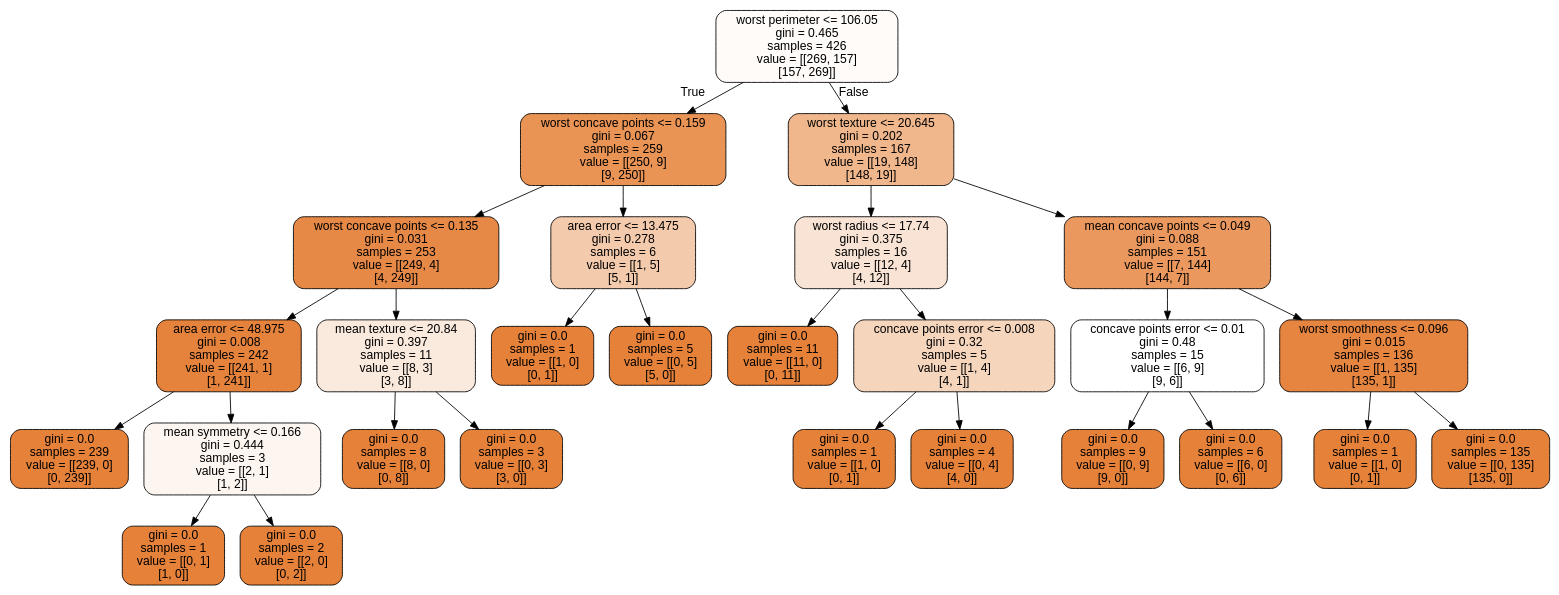
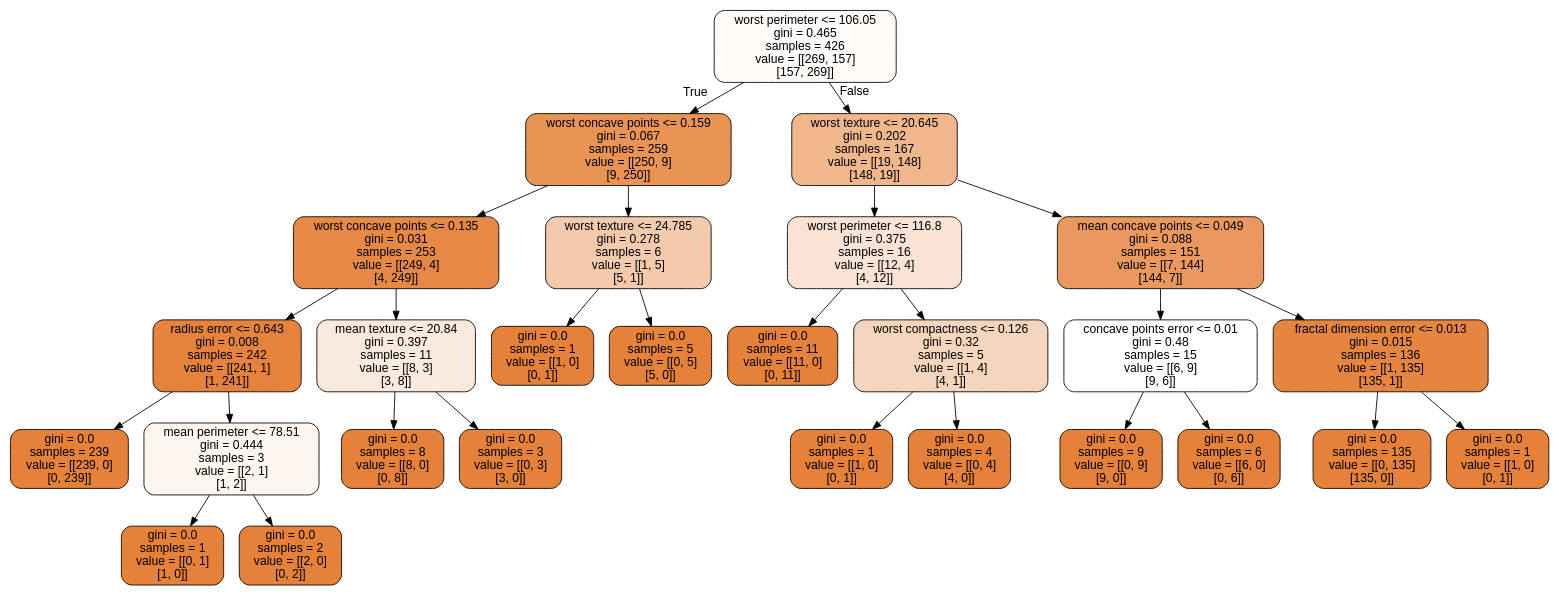
Before and after one commit to CompPhysics/MachineLearning: the diagram in doc/pub/week45/ipynb/DataFiles/cancer.dot, drawn with Graphviz. The commit also changed 3 other files, not shown here.

```diff
--- a/doc/pub/week45/ipynb/DataFiles/cancer.dot
+++ b/doc/pub/week45/ipynb/DataFiles/cancer.dot
@@ -1,57 +1,57 @@
 digraph Tree {
 node [shape=box, style="filled, rounded", color="black", fontname=helvetica] ;
 edge [fontname=helvetica] ;
 0 [label="worst perimeter <= 106.05\ngini = 0.465\nsamples = 426\nvalue = [[269, 157]\n[157, 269]]", fillcolor="#fefbf9"] ;
 1 [label="worst concave points <= 0.159\ngini = 0.067\nsamples = 259\nvalue = [[250, 9]\n[9, 250]]", fillcolor="#e99355"] ;
 0 -> 1 [labeldistance=2.5, labelangle=45, headlabel="True"] ;
 2 [label="worst concave points <= 0.135\ngini = 0.031\nsamples = 253\nvalue = [[249, 4]\n[4, 249]]", fillcolor="#e78946"] ;
 1 -> 2 ;
-3 [label="area error <= 48.975\ngini = 0.008\nsamples = 242\nvalue = [[241, 1]\n[1, 241]]", fillcolor="#e5833c"] ;
+3 [label="radius error <= 0.643\ngini = 0.008\nsamples = 242\nvalue = [[241, 1]\n[1, 241]]", fillcolor="#e5833c"] ;
 2 -> 3 ;
 4 [label="gini = 0.0\nsamples = 239\nvalue = [[239, 0]\n[0, 239]]", fillcolor="#e58139"] ;
 3 -> 4 ;
-5 [label="mean symmetry <= 0.166\ngini = 0.444\nsamples = 3\nvalue = [[2, 1]\n[1, 2]]", fillcolor="#fdf6f0"] ;
+5 [label="mean perimeter <= 78.51\ngini = 0.444\nsamples = 3\nvalue = [[2, 1]\n[1, 2]]", fillcolor="#fdf6f0"] ;
 3 -> 5 ;
 6 [label="gini = 0.0\nsamples = 1\nvalue = [[0, 1]\n[1, 0]]", fillcolor="#e58139"] ;
 5 -> 6 ;
 7 [label="gini = 0.0\nsamples = 2\nvalue = [[2, 0]\n[0, 2]]", fillcolor="#e58139"] ;
 5 -> 7 ;
 8 [label="mean texture <= 20.84\ngini = 0.397\nsamples = 11\nvalue = [[8, 3]\n[3, 8]]", fillcolor="#fae9dd"] ;
 2 -> 8 ;
 9 [label="gini = 0.0\nsamples = 8\nvalue = [[8, 0]\n[0, 8]]", fillcolor="#e58139"] ;
 8 -> 9 ;
 10 [label="gini = 0.0\nsamples = 3\nvalue = [[0, 3]\n[3, 0]]", fillcolor="#e58139"] ;
 8 -> 10 ;
-11 [label="area error <= 13.475\ngini = 0.278\nsamples = 6\nvalue = [[1, 5]\n[5, 1]]", fillcolor="#f4caac"] ;
+11 [label="worst texture <= 24.785\ngini = 0.278\nsamples = 6\nvalue = [[1, 5]\n[5, 1]]", fillcolor="#f4caac"] ;
 1 -> 11 ;
 12 [label="gini = 0.0\nsamples = 1\nvalue = [[1, 0]\n[0, 1]]", fillcolor="#e58139"] ;
 11 -> 12 ;
 13 [label="gini = 0.0\nsamples = 5\nvalue = [[0, 5]\n[5, 0]]", fillcolor="#e58139"] ;
 11 -> 13 ;
 14 [label="worst texture <= 20.645\ngini = 0.202\nsamples = 167\nvalue = [[19, 148]\n[148, 19]]", fillcolor="#f0b68c"] ;
 0 -> 14 [labeldistance=2.5, labelangle=-45, headlabel="False"] ;
-15 [label="worst radius <= 17.74\ngini = 0.375\nsamples = 16\nvalue = [[12, 4]\n[4, 12]]", fillcolor="#f9e3d4"] ;
+15 [label="worst perimeter <= 116.8\ngini = 0.375\nsamples = 16\nvalue = [[12, 4]\n[4, 12]]", fillcolor="#f9e3d4"] ;
 14 -> 15 ;
 16 [label="gini = 0.0\nsamples = 11\nvalue = [[11, 0]\n[0, 11]]", fillcolor="#e58139"] ;
 15 -> 16 ;
-17 [label="concave points error <= 0.008\ngini = 0.32\nsamples = 5\nvalue = [[1, 4]\n[4, 1]]", fillcolor="#f6d5bd"] ;
+17 [label="worst compactness <= 0.126\ngini = 0.32\nsamples = 5\nvalue = [[1, 4]\n[4, 1]]", fillcolor="#f6d5bd"] ;
 15 -> 17 ;
 18 [label="gini = 0.0\nsamples = 1\nvalue = [[1, 0]\n[0, 1]]", fillcolor="#e58139"] ;
 17 -> 18 ;
 19 [label="gini = 0.0\nsamples = 4\nvalue = [[0, 4]\n[4, 0]]", fillcolor="#e58139"] ;
 17 -> 19 ;
 20 [label="mean concave points <= 0.049\ngini = 0.088\nsamples = 151\nvalue = [[7, 144]\n[144, 7]]", fillcolor="#ea985d"] ;
 14 -> 20 ;
 21 [label="concave points error <= 0.01\ngini = 0.48\nsamples = 15\nvalue = [[6, 9]\n[9, 6]]", fillcolor="#ffffff"] ;
 20 -> 21 ;
 22 [label="gini = 0.0\nsamples = 9\nvalue = [[0, 9]\n[9, 0]]", fillcolor="#e58139"] ;
 21 -> 22 ;
 23 [label="gini = 0.0\nsamples = 6\nvalue = [[6, 0]\n[0, 6]]", fillcolor="#e58139"] ;
 21 -> 23 ;
-24 [label="worst smoothness <= 0.096\ngini = 0.015\nsamples = 136\nvalue = [[1, 135]\n[135, 1]]", fillcolor="#e6853f"] ;
+24 [label="fractal dimension error <= 0.013\ngini = 0.015\nsamples = 136\nvalue = [[1, 135]\n[135, 1]]", fillcolor="#e6853f"] ;
 20 -> 24 ;
-25 [label="gini = 0.0\nsamples = 1\nvalue = [[1, 0]\n[0, 1]]", fillcolor="#e58139"] ;
+25 [label="gini = 0.0\nsamples = 135\nvalue = [[0, 135]\n[135, 0]]", fillcolor="#e58139"] ;
 24 -> 25 ;
-26 [label="gini = 0.0\nsamples = 135\nvalue = [[0, 135]\n[135, 0]]", fillcolor="#e58139"] ;
+26 [label="gini = 0.0\nsamples = 1\nvalue = [[1, 0]\n[0, 1]]", fillcolor="#e58139"] ;
 24 -> 26 ;
 }
```
